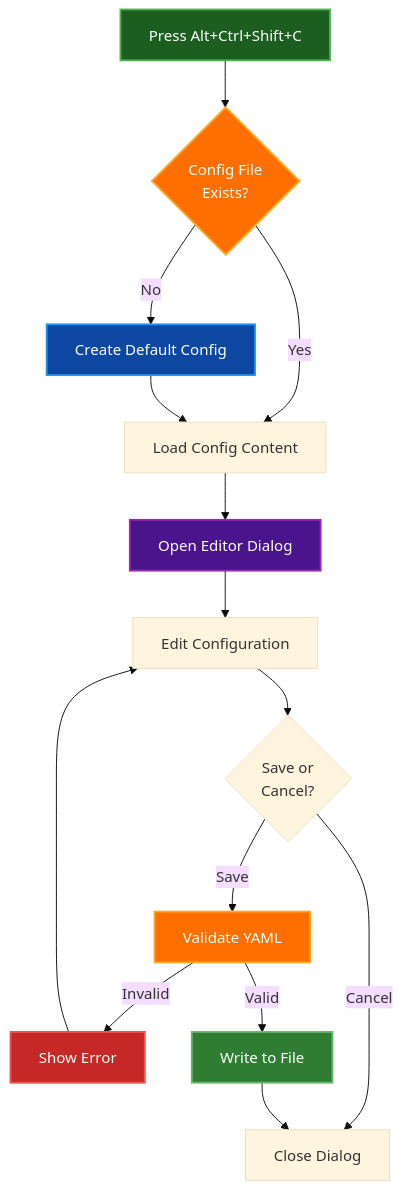
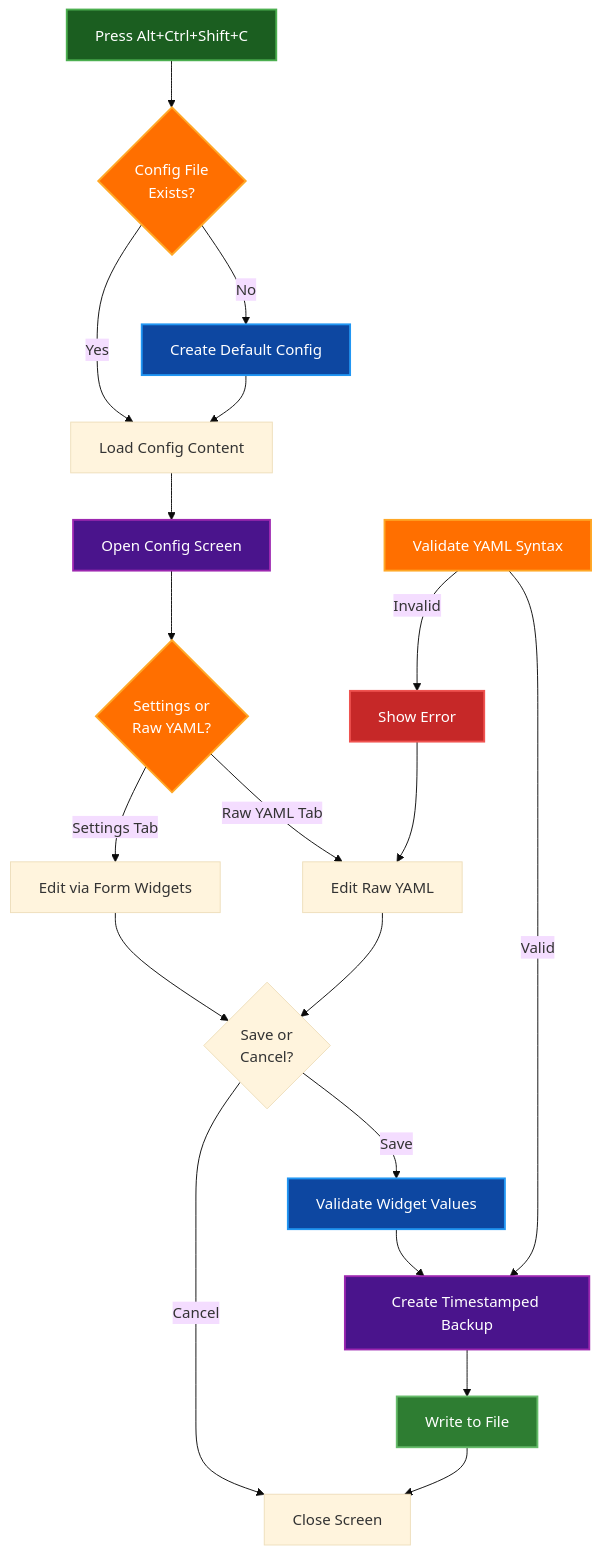
Before and after one commit to paulrobello/par-term-emu-tui-rust: the second of 3 diagrams in docs/FEATURES.md, drawn with Mermaid (base theme). The commit also changed other lines of this file and 34 other files, not shown here.

````diff
--- a/docs/FEATURES.md
+++ b/docs/FEATURES.md
@@ -135,36 +157,48 @@
 ```mermaid
 graph TD
     Trigger[Press Alt+Ctrl+Shift+C]
     Check{Config File<br/>Exists?}
     Create[Create Default Config]
     Load[Load Config Content]
-    Editor[Open Editor Dialog]
-    Edit[Edit Configuration]
+    Screen[Open Config Screen]
+    TabChoice{Settings or<br/>Raw YAML?}
+    WidgetEdit[Edit via Form Widgets]
+    YAMLEdit[Edit Raw YAML]
     Save{Save or<br/>Cancel?}
-    Validate[Validate YAML]
+    ValidateWidget[Validate Widget Values]
+    ValidateYAML[Validate YAML Syntax]
     Error[Show Error]
+    Backup[Create Timestamped Backup]
     Write[Write to File]
-    Close[Close Dialog]
+    Close[Close Screen]
 
     Trigger --> Check
     Check -->|No| Create
     Check -->|Yes| Load
     Create --> Load
-    Load --> Editor
-    Editor --> Edit
-    Edit --> Save
-    Save -->|Save| Validate
+    Load --> Screen
+    Screen --> TabChoice
+    TabChoice -->|Settings Tab| WidgetEdit
+    TabChoice -->|Raw YAML Tab| YAMLEdit
+    WidgetEdit --> Save
+    YAMLEdit --> Save
+    Save -->|Save| ValidateWidget
+    ValidateWidget --> Backup
     Save -->|Cancel| Close
-    Validate -->|Invalid| Error
-    Validate -->|Valid| Write
-    Error --> Edit
+    Backup --> Write
     Write --> Close
+    ValidateYAML -->|Invalid| Error
+    ValidateYAML -->|Valid| Backup
+    Error --> YAMLEdit
 
     style Trigger fill:#1b5e20,stroke:#4caf50,stroke-width:2px,color:#ffffff
     style Check fill:#ff6f00,stroke:#ffa726,stroke-width:2px,color:#ffffff
     style Create fill:#0d47a1,stroke:#2196f3,stroke-width:2px,color:#ffffff
-    style Editor fill:#4a148c,stroke:#9c27b0,stroke-width:2px,color:#ffffff
-    style Validate fill:#ff6f00,stroke:#ffa726,stroke-width:2px,color:#ffffff
+    style Screen fill:#4a148c,stroke:#9c27b0,stroke-width:2px,color:#ffffff
+    style TabChoice fill:#ff6f00,stroke:#ffa726,stroke-width:2px,color:#ffffff
+    style ValidateWidget fill:#0d47a1,stroke:#2196f3,stroke-width:2px,color:#ffffff
+    style ValidateYAML fill:#ff6f00,stroke:#ffa726,stroke-width:2px,color:#ffffff
     style Error fill:#c62828,stroke:#ef5350,stroke-width:2px,color:#ffffff
+    style Backup fill:#4a148c,stroke:#9c27b0,stroke-width:2px,color:#ffffff
     style Write fill:#2e7d32,stroke:#66bb6a,stroke-width:2px,color:#ffffff
 ```
````
